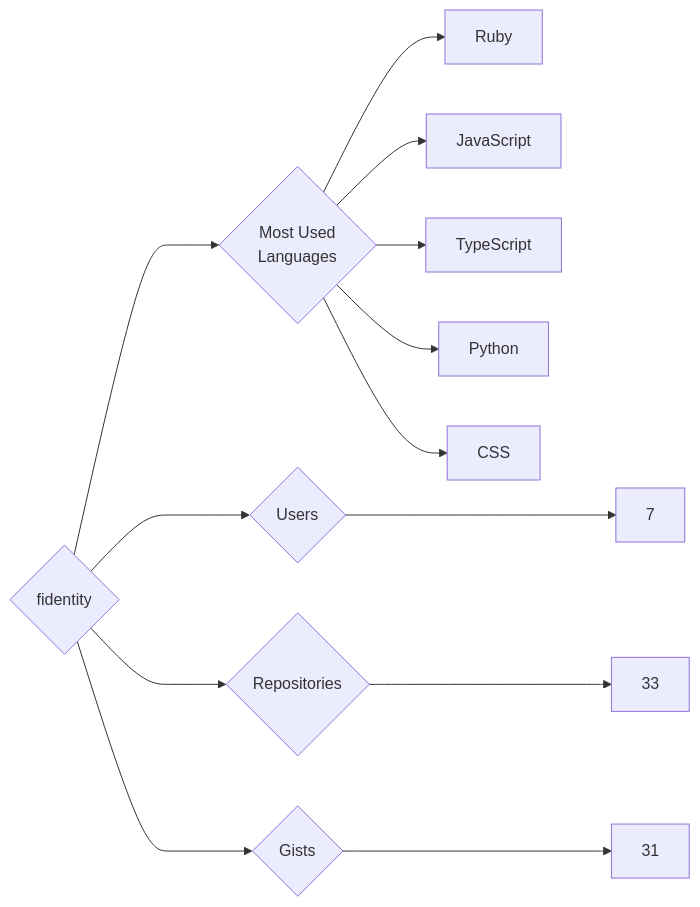
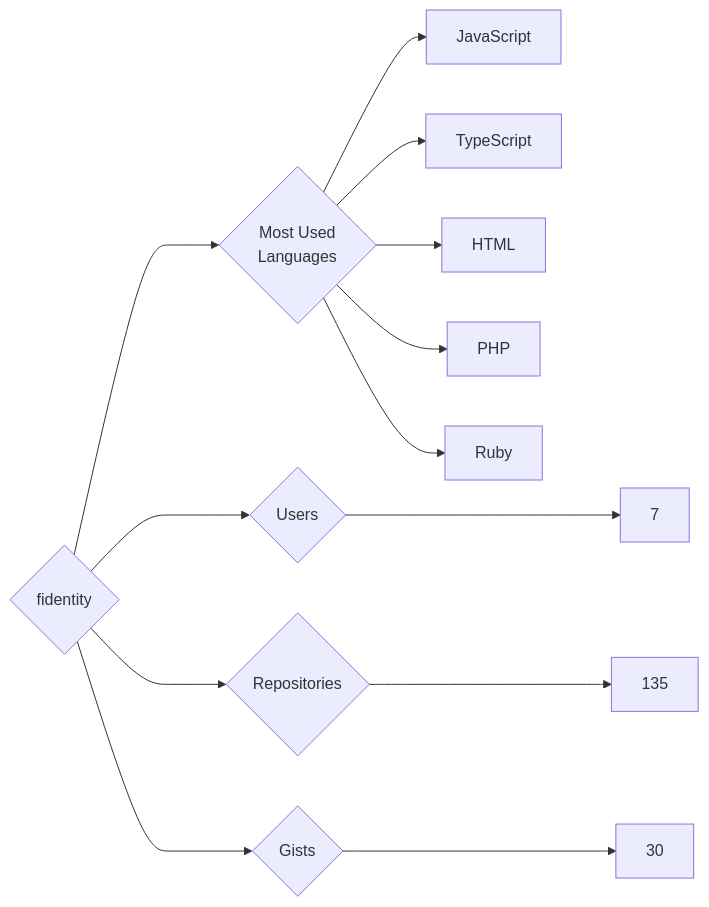
Before and after one commit to trickest/insiders: the diagram in targets/fidentity/README.md, drawn with Mermaid. The commit also changed 1123 other files, not shown here.

````diff
--- a/targets/fidentity/README.md
+++ b/targets/fidentity/README.md
@@ -3,13 +3,13 @@
 ```mermaid
 graph LR
 COMPANY_NAME{fidentity}
 COMPANY_NAME ---> U{Users} ---> UN[7]
-COMPANY_NAME ---> R{Repositories} ---> RN[33]
-COMPANY_NAME ---> G{Gists} ---> GN[31]
+COMPANY_NAME ---> R{Repositories} ---> RN[135]
+COMPANY_NAME ---> G{Gists} ---> GN[30]
 COMPANY_NAME ---> ML{Most Used<br>Languages}
-ML --> Ruby[Ruby]
 ML --> JavaScript[JavaScript]
 ML --> TypeScript[TypeScript]
-ML --> Python[Python]
-ML --> CSS[CSS]
+ML --> HTML[HTML]
+ML --> PHP[PHP]
+ML --> Ruby[Ruby]
 ```
````
